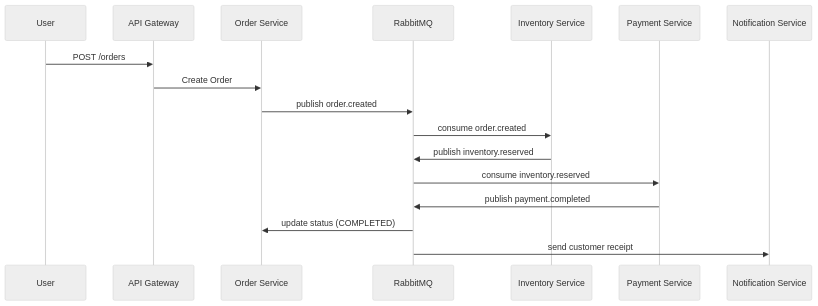
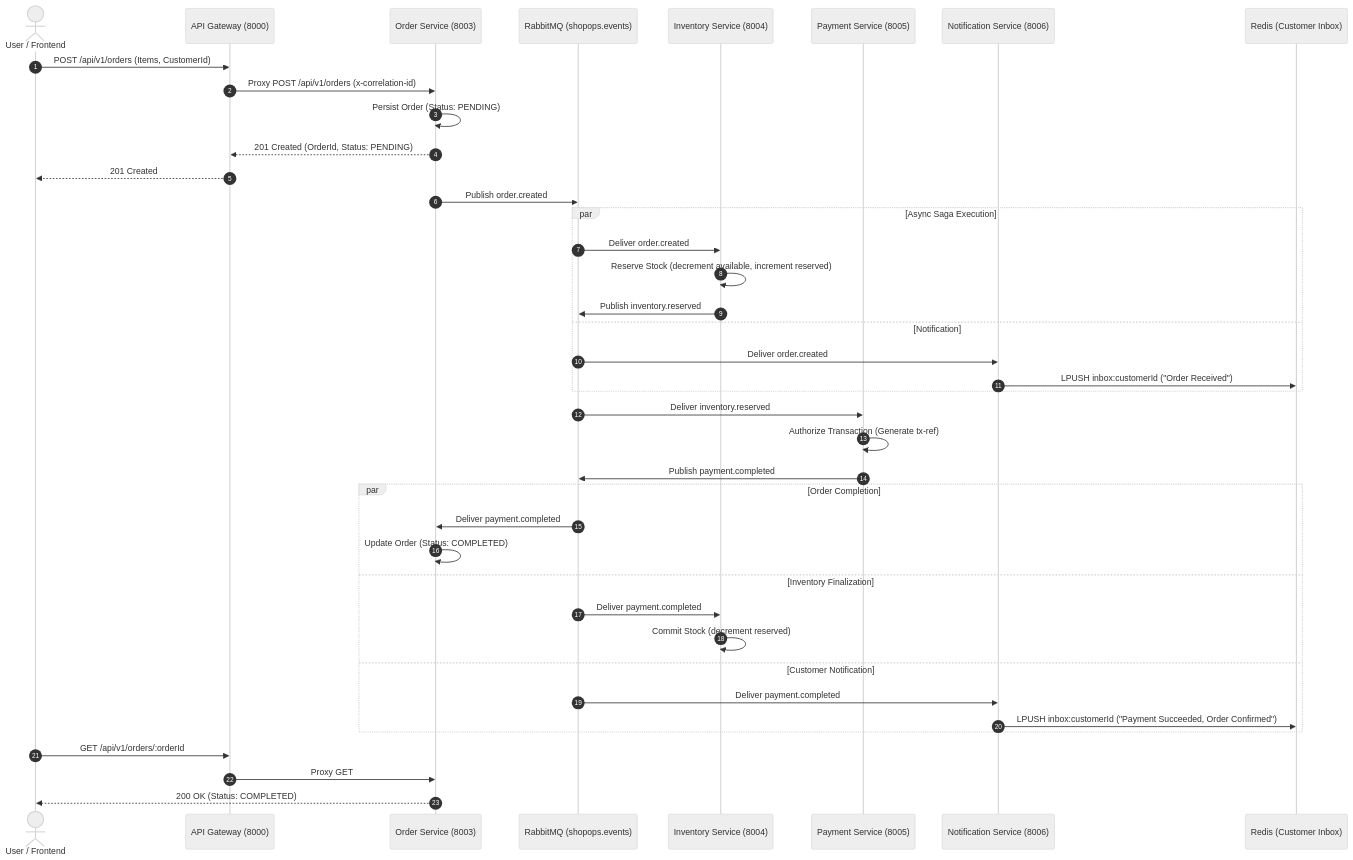
Before and after one commit to Ayushg22/shopops: the diagram in docs/diagrams/event-flow.mmd, drawn with Mermaid (neutral theme). The commit also changed 37 other files, not shown here.

First line of the commit message:
docs(standards): update and expand architecture documentation per sections 41 and 42

```diff
--- a/docs/diagrams/event-flow.mmd
+++ b/docs/diagrams/event-flow.mmd
@@ -1,18 +1,45 @@
 sequenceDiagram
-    participant User
-    participant Gateway as API Gateway
-    participant Order as Order Service
-    participant MQ as RabbitMQ
-    participant Inv as Inventory Service
-    participant Pay as Payment Service
-    participant Notif as Notification Service
+    autonumber
+    actor Customer as User / Frontend
+    participant GW as API Gateway (8000)
+    participant Ord as Order Service (8003)
+    participant RMQ as RabbitMQ (shopops.events)
+    participant Inv as Inventory Service (8004)
+    participant Pay as Payment Service (8005)
+    participant Notif as Notification Service (8006)
+    participant Redis as Redis (Customer Inbox)
 
-    User->>Gateway: POST /orders
-    Gateway->>Order: Create Order
-    Order->>MQ: publish order.created
-    MQ->>Inv: consume order.created
-    Inv->>MQ: publish inventory.reserved
-    MQ->>Pay: consume inventory.reserved
-    Pay->>MQ: publish payment.completed
-    MQ->>Order: update status (COMPLETED)
-    MQ->>Notif: send customer receipt
+    Customer->>GW: POST /api/v1/orders (Items, CustomerId)
+    GW->>Ord: Proxy POST /api/v1/orders (x-correlation-id)
+    Ord->>Ord: Persist Order (Status: PENDING)
+    Ord-->>GW: 201 Created (OrderId, Status: PENDING)
+    GW-->>Customer: 201 Created
+
+    Ord->>RMQ: Publish order.created
+    par Async Saga Execution
+        RMQ->>Inv: Deliver order.created
+        Inv->>Inv: Reserve Stock (decrement available, increment reserved)
+        Inv->>RMQ: Publish inventory.reserved
+    and Notification
+        RMQ->>Notif: Deliver order.created
+        Notif->>Redis: LPUSH inbox:customerId ("Order Received")
+    end
+
+    RMQ->>Pay: Deliver inventory.reserved
+    Pay->>Pay: Authorize Transaction (Generate tx-ref)
+    Pay->>RMQ: Publish payment.completed
+
+    par Order Completion
+        RMQ->>Ord: Deliver payment.completed
+        Ord->>Ord: Update Order (Status: COMPLETED)
+    and Inventory Finalization
+        RMQ->>Inv: Deliver payment.completed
+        Inv->>Inv: Commit Stock (decrement reserved)
+    and Customer Notification
+        RMQ->>Notif: Deliver payment.completed
+        Notif->>Redis: LPUSH inbox:customerId ("Payment Succeeded, Order Confirmed")
+    end
+
+    Customer->>GW: GET /api/v1/orders/:orderId
+    GW->>Ord: Proxy GET
+    Ord-->>Customer: 200 OK (Status: COMPLETED)
```
